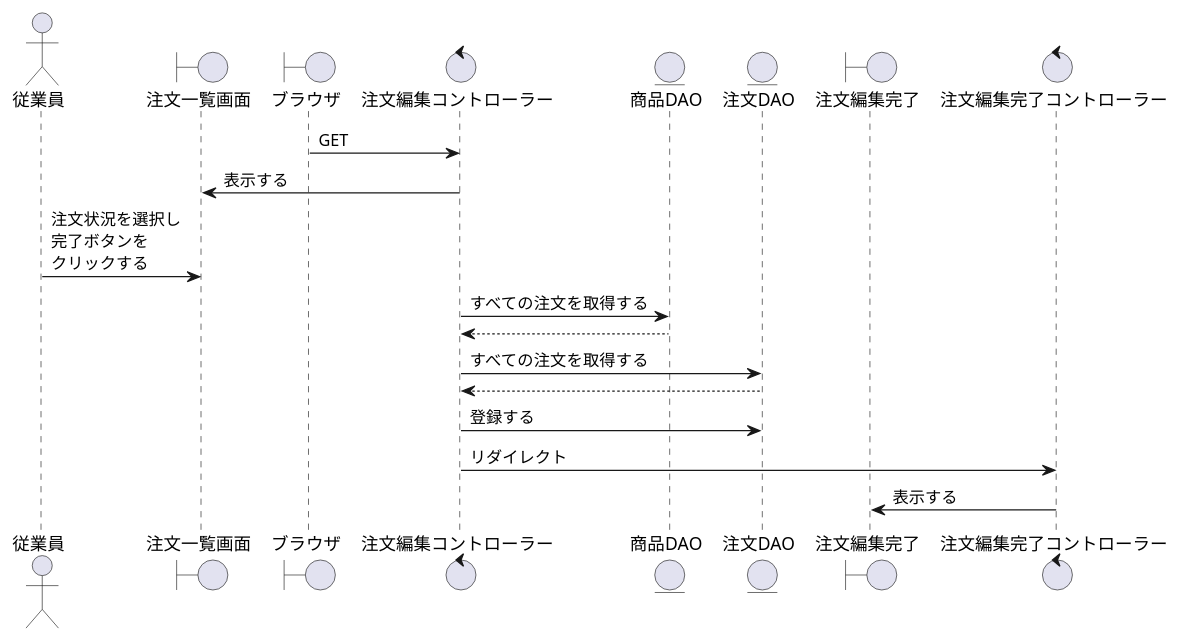
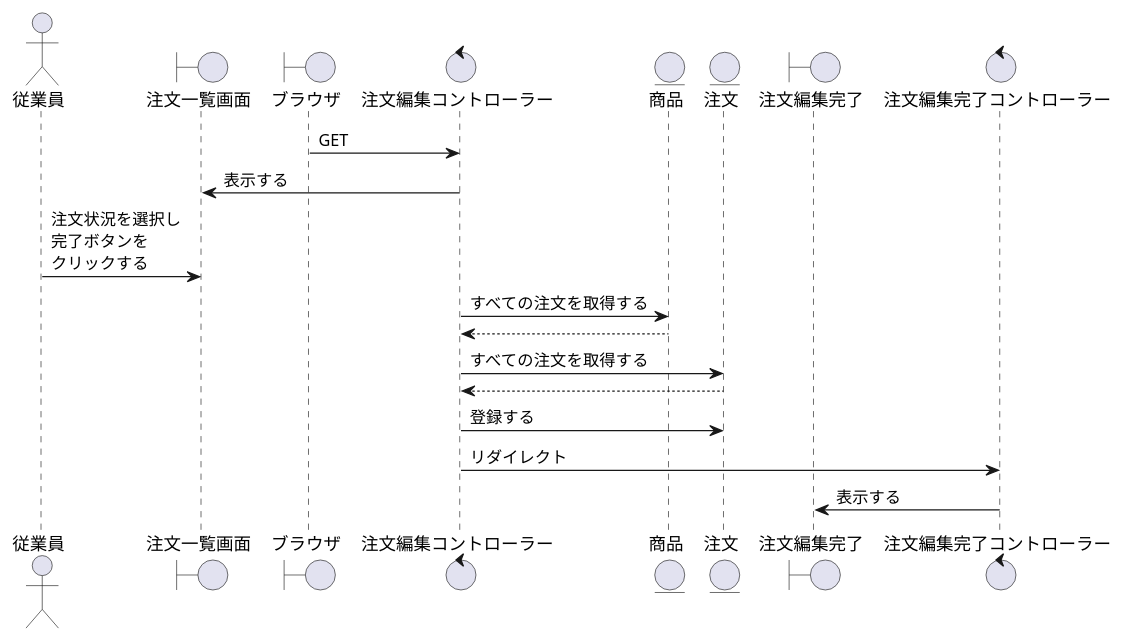
Before and after one commit to ysyk-wtnb16/team_D: the diagram in BBショップ/注文編集.wsd, drawn with PlantUML. The commit also changed 3 other files, not shown here.

```diff
--- a/BBショップ/注文編集.wsd
+++ b/BBショップ/注文編集.wsd
@@ -1,32 +1,32 @@
 @startuml update
 ' ①縦軸の並び順を決める
 actor "従業員" as act
 boundary "注文一覧画面" as oeb
 ' コントローラーに初回アクセスするもの
 boundary "ブラウザ" as brz
 ' コントローラーまたはビューの名称を決める
 control "注文編集コントローラー" as oec
 ' DAOまたはモデルとなる
 
-entity "商品DAO" as pdt
-entity "注文DAO" as order
+entity "商品" as pdt
+entity "注文" as order
 
 boundary "注文編集完了" as oekb
 control "注文編集完了コントローラー" as oekc
 
 brz -> oec: GET
 
 oeb <- oec:表示する
 
 act -> oeb:注文状況を選択し\n完了ボタンを\nクリックする
 
 oec -> pdt:すべての注文を取得する
 pdt --> oec
 oec -> order:すべての注文を取得する
 order --> oec
 
 oec -> order: 登録する
 oec -> oekc:リダイレクト
 oekc -> oekb:表示する
 
 @enduml
```
